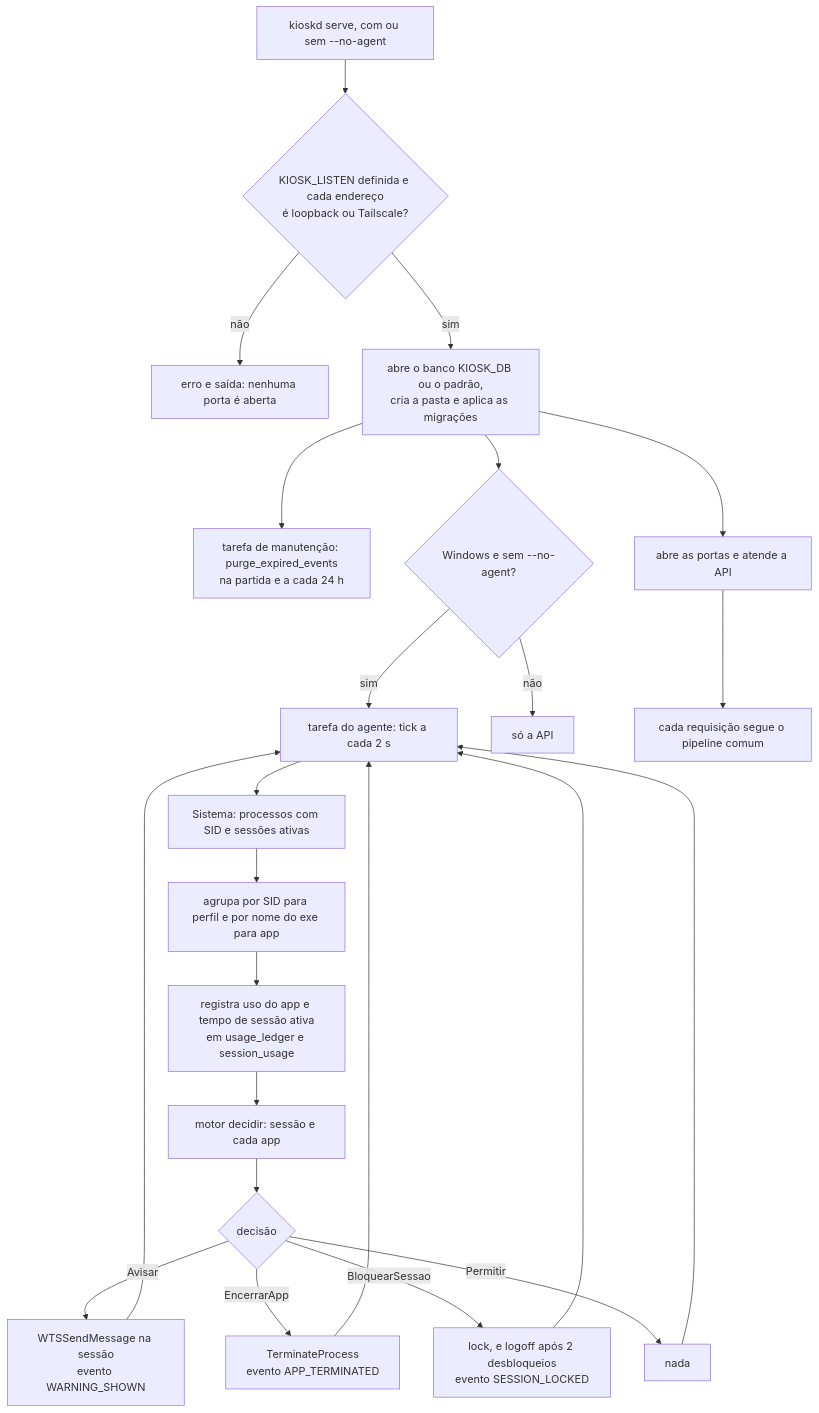
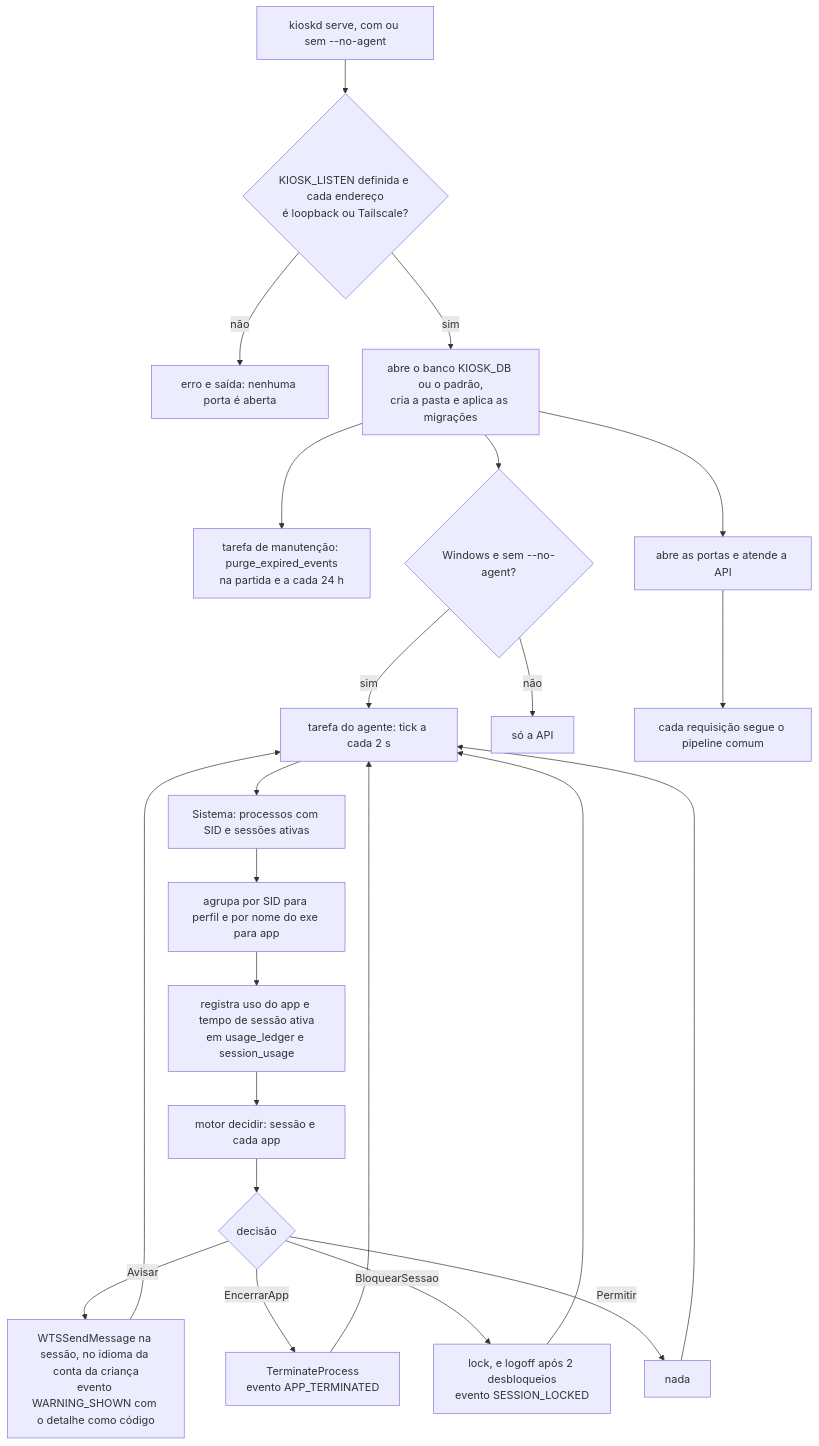
Before and after one commit to jefersonlop3s/kiosk-engine: the third of 28 diagrams in docs/architecture/fluxos-dos-comandos.md, drawn with Mermaid. The commit also changed other lines of this file and 35 other files, not shown here.

````diff
--- a/docs/architecture/fluxos-dos-comandos.md
+++ b/docs/architecture/fluxos-dos-comandos.md
@@ -62,25 +62,25 @@
 ```mermaid
 flowchart TD
     A["kioskd serve, com ou sem --no-agent"] --> B{"KIOSK_LISTEN definida e cada endereço<br/>é loopback ou Tailscale?"}
     B -->|não| E1["erro e saída: nenhuma porta é aberta"]
     B -->|sim| C["abre o banco KIOSK_DB ou o padrão,<br/>cria a pasta e aplica as migrações"]
     C --> D["tarefa de manutenção: purge_expired_events<br/>na partida e a cada 24 h"]
     C --> F{"Windows e sem --no-agent?"}
     F -->|sim| G["tarefa do agente: tick a cada 2 s"]
     F -->|não| H["só a API"]
     C --> I["abre as portas e atende a API"]
     G --> T1["Sistema: processos com SID e sessões ativas"]
     T1 --> T2["agrupa por SID para perfil e por nome do exe para app"]
     T2 --> T3["registra uso do app e tempo de sessão ativa<br/>em usage_ledger e session_usage"]
     T3 --> T4["motor decidir: sessão e cada app"]
     T4 --> T5{"decisão"}
-    T5 -->|Avisar| T6["WTSSendMessage na sessão<br/>evento WARNING_SHOWN"]
+    T5 -->|Avisar| T6["WTSSendMessage na sessão, no idioma da conta da criança<br/>evento WARNING_SHOWN com o detalhe como código"]
     T5 -->|EncerrarApp| T7["TerminateProcess<br/>evento APP_TERMINATED"]
     T5 -->|BloquearSessao| T8["lock, e logoff após 2 desbloqueios<br/>evento SESSION_LOCKED"]
     T5 -->|Permitir| T9["nada"]
     T6 --> G
     T7 --> G
     T8 --> G
     T9 --> G
     I --> P["cada requisição segue o pipeline comum"]
 ```
````
